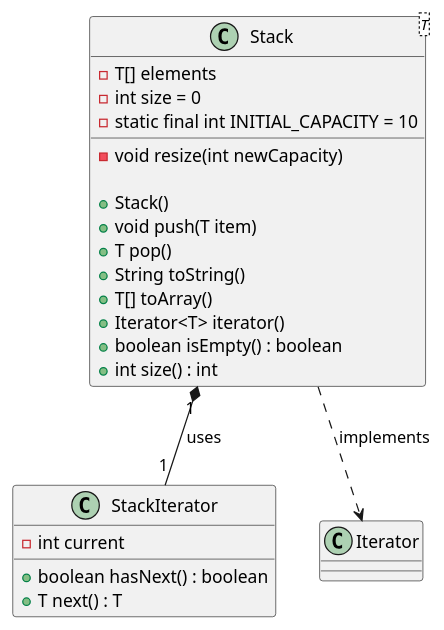
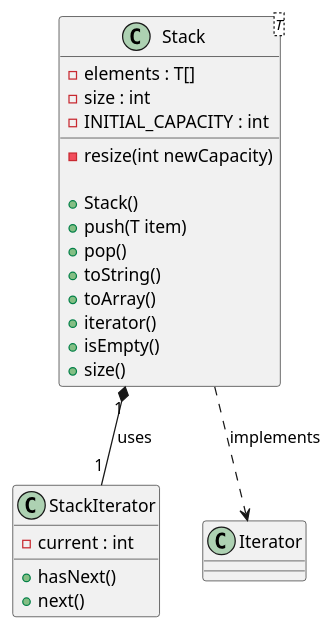
One commit to Dansnts/POO-Labo7 changed the diagram in UML_Diagrams/Stack_uml.puml. Above: the diagram before and after it, drawn with PlantUML. The commit also changed 6 other files, not shown here.

Commit message:
updated diagrams

```diff
--- a/UML_Diagrams/Stack_uml.puml
+++ b/UML_Diagrams/Stack_uml.puml
@@ -1,28 +1,28 @@
 @startuml Stack
 
 class Stack<T> {
-  - T[] elements
-  - int size = 0
-  - static final int INITIAL_CAPACITY = 10
-- void resize(int newCapacity)
+  - elements : T[]
+  - size : int
+  - INITIAL_CAPACITY : int
+  - resize(int newCapacity)
 
   + Stack()
-  + void push(T item)
-  + T pop()
-  + String toString()
-  + T[] toArray()
-  + Iterator<T> iterator()
-  + boolean isEmpty() : boolean
-  + int size() : int
+  + push(T item)
+  + pop()
+  + toString()
+  + toArray()
+  + iterator()
+  + isEmpty()
+  + size()
 }
 
 class StackIterator {
-  - int current
-  + boolean hasNext() : boolean
-  + T next() : T
+  - current : int
+  + hasNext()
+  + next()
 }
 
 Stack "1" *-- "1" StackIterator : uses
 Stack ..> Iterator : implements
 
 @enduml
```
